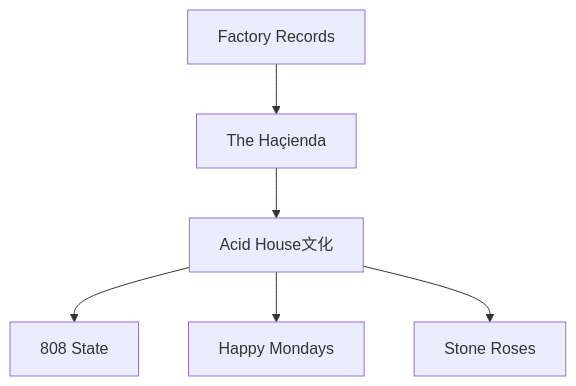
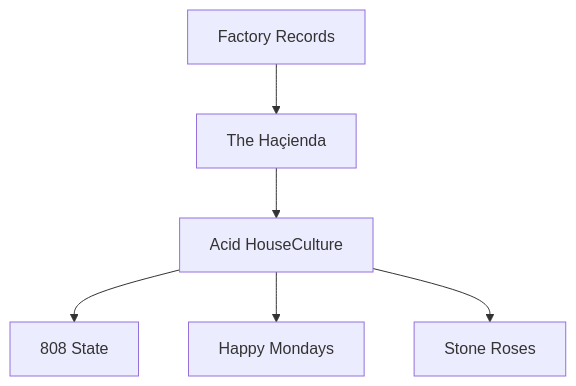
Before and after one commit to monumental-movement/monumental-movement.github.io: the second of 17 diagrams in en/_posts/2026-05-24-column-808-state.md, drawn with Mermaid. The commit also changed other lines of this file and 851 other files, not shown here.

```diff
--- a/en/_posts/2026-05-24-column-808-state.md
+++ b/en/_posts/2026-05-24-column-808-state.md
@@ -88,8 +88,8 @@
 <div class="mermaid">
 flowchart TD
 A[Factory Records] --> B[The Haçienda]
-B --> C[Acid House文化]
+B --> C[Acid HouseCulture]
 C --> D[808 State]
 C --> E[Happy Mondays]
 C --> F[Stone Roses]
 </div>
```
